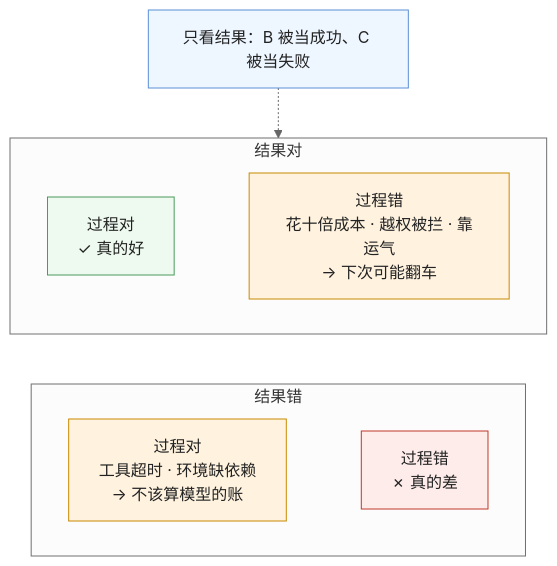
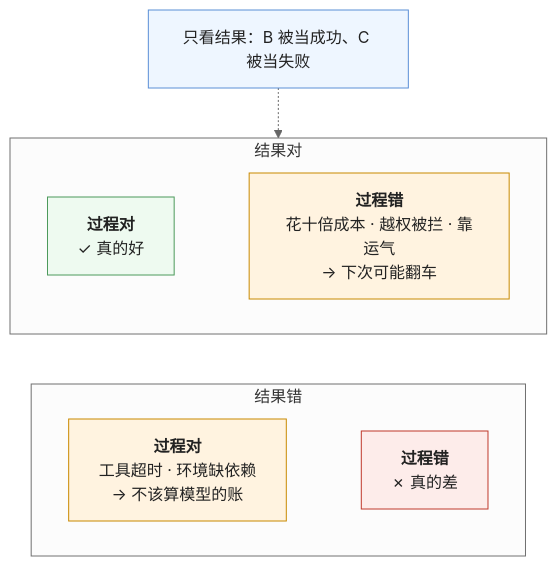
One commit to arganzheng/arganzheng.github.com changed the third of 6 diagrams in _posts/2026-11-02-what-to-evaluate-metrics-for-single-step-rag-agent-and-multi-turn.md. Above: the diagram before and after it, drawn with Mermaid (neutral theme). The commit also changed other lines of this file and 7 other files, not shown here.

First line of the commit message:
评测、可观测与可追溯：怎么知道改了之后更好了：Mermaid 多行方框的首行标为标题（8 篇）

````diff
--- a/_posts/2026-11-02-what-to-evaluate-metrics-for-single-step-rag-agent-and-multi-turn.md
+++ b/_posts/2026-11-02-what-to-evaluate-metrics-for-single-step-rag-agent-and-multi-turn.md
@@ -96,22 +96,22 @@
 ```mermaid
 %% 图：结果与过程的四个格子——结果对过程也对是真的好；结果对但过程错（40 步花了十倍钱、中途越权被沙箱拦住、靠运气碰对）下次会翻车；结果错但过程对（工具超时、环境缺依赖）不该算模型的账；只看结果会把右上当成功、把左下当失败
 flowchart TB
     subgraph G["结果对"]
         direction LR
-        A["过程对<br/>✓ 真的好"] ~~~ B["过程错<br/>花十倍成本 · 越权被拦 · 靠运气<br/>→ 下次可能翻车"]
+        A["<b>过程对</b><br/>✓ 真的好"] ~~~ B["<b>过程错</b><br/>花十倍成本 · 越权被拦 · 靠运气<br/>→ 下次可能翻车"]
     end
     subgraph R["结果错"]
         direction LR
-        C["过程对<br/>工具超时 · 环境缺依赖<br/>→ 不该算模型的账"] ~~~ D["过程错<br/>✗ 真的差"]
+        C["<b>过程对</b><br/>工具超时 · 环境缺依赖<br/>→ 不该算模型的账"] ~~~ D["<b>过程错</b><br/>✗ 真的差"]
     end
     G ~~~ R
     N["只看结果：B 被当成功、C 被当失败"] -.-> G
     classDef ok fill:#eefaf0,stroke:#4d9a5c,color:#222
     classDef warn fill:#fff3e0,stroke:#c98a00,color:#222
     classDef bad fill:#fdecea,stroke:#c0392b,color:#222
     classDef n fill:#eef6ff,stroke:#5b8fd6,color:#222
     class A ok
     class B,C warn
     class D bad
     class N n
 ```
````
